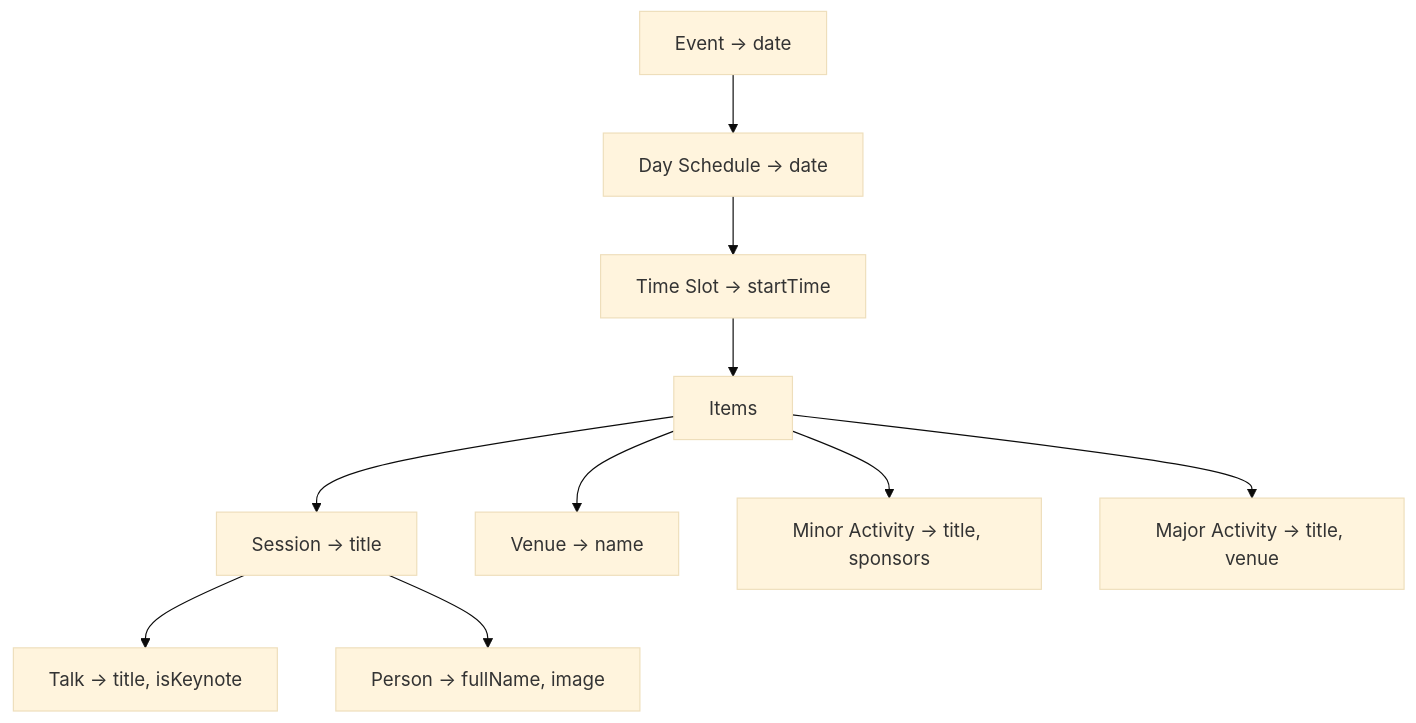
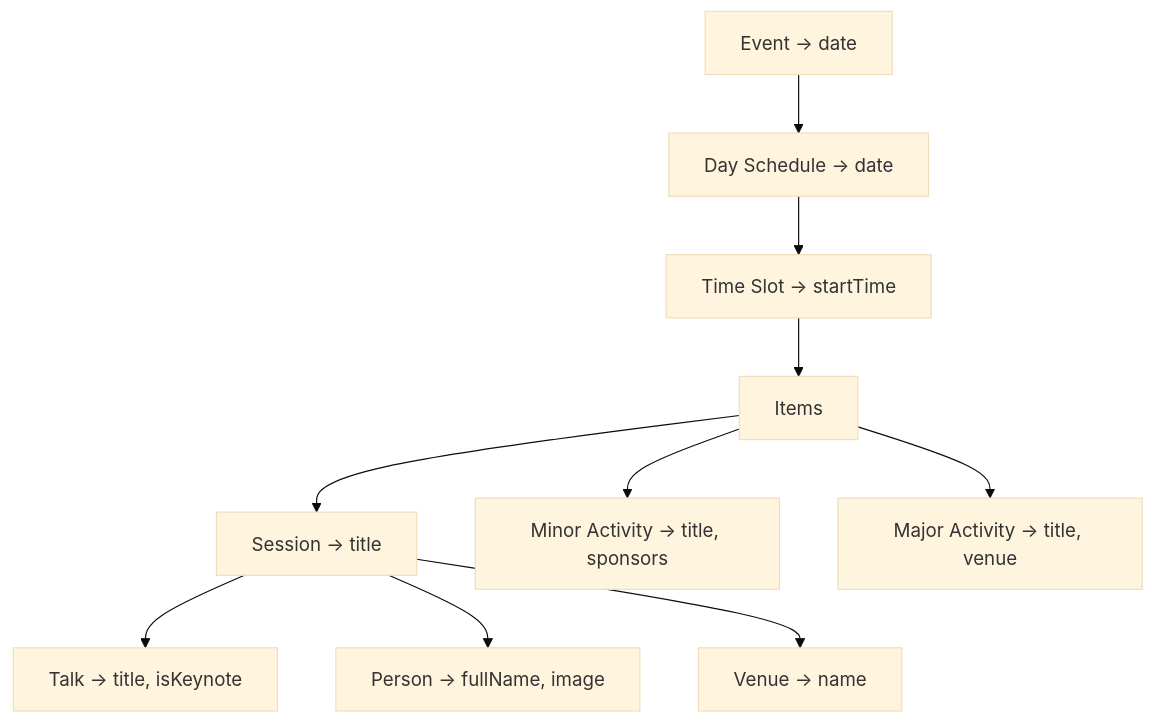
Before and after one commit to zarif-al/zarif-portfolio: the sixth of 6 diagrams in scripts/seed/content/projects/brightonseo.md, drawn with Mermaid (base theme). The commit also changed other lines of this file and 1 other file, not shown here.

Commit message:
docs(projects): rewrite brightonSEO case study with detailed architecture docs

````diff
--- a/scripts/seed/content/projects/brightonseo.md
+++ b/scripts/seed/content/projects/brightonseo.md
@@ -64,12 +102,12 @@
 ```mermaid
 flowchart TD
   L1["Event → date"] --> L2["Day Schedule → date"]
   L2 --> L3["Time Slot → startTime"]
   L3 --> L4["Items"]
   L4 --> L5A["Session → title"]
-  L4 --> L5B["Venue → name"]
-  L4 --> L5C["Minor Activity → title, sponsors"]
-  L4 --> L5D["Major Activity → title, venue"]
+  L4 --> L5B["Minor Activity → title, sponsors"]
+  L4 --> L5C["Major Activity → title, venue"]
   L5A --> L6A["Talk → title, isKeynote"]
   L5A --> L6B["Person → fullName, image"]
+  L5A --> L6C["Venue → name"]
 ```
````
